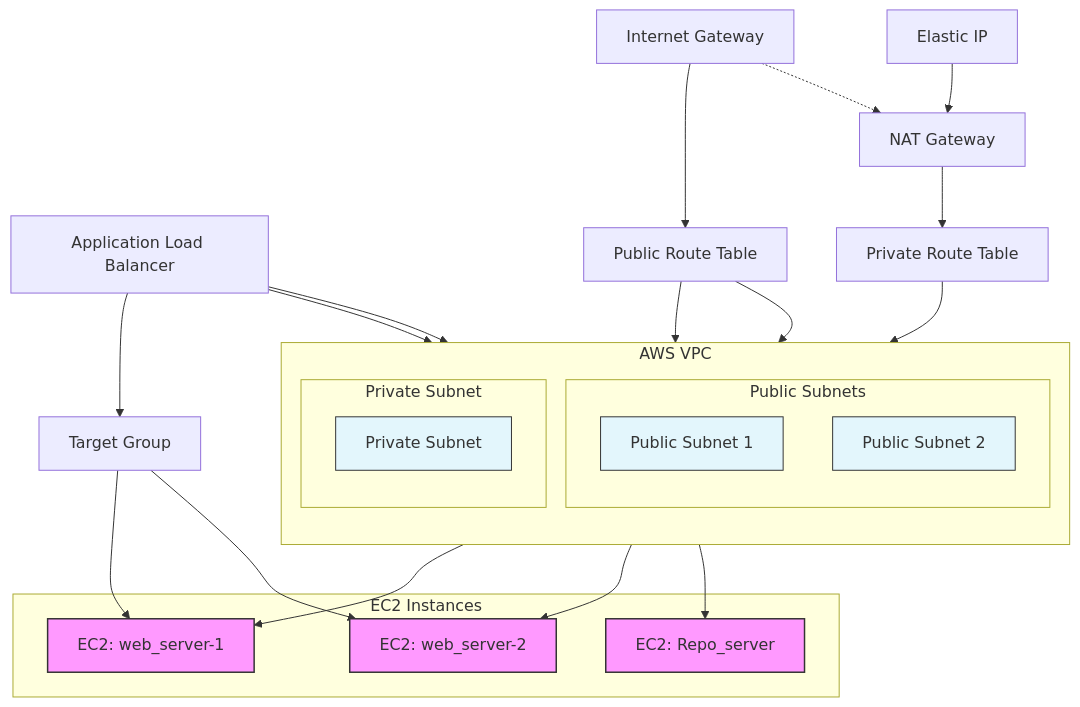
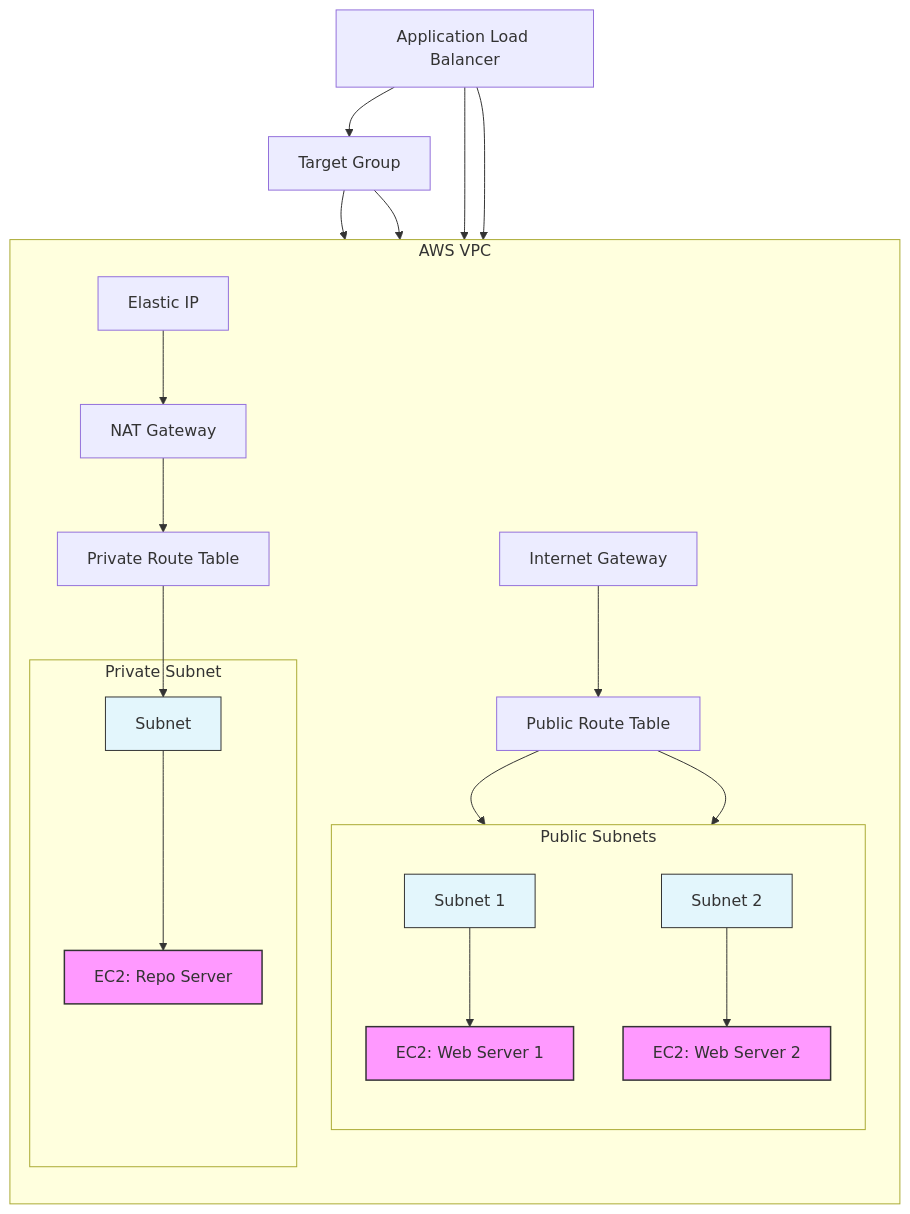
One commit to khannashiv/Terraform-Practice changed the diagram in Projects/Project-1/README.md. Above: the diagram before and after it, drawn with Mermaid.

````diff
--- a/Projects/Project-1/README.md
+++ b/Projects/Project-1/README.md
@@ -23,62 +23,63 @@
 ```mermaid
 flowchart TD
-  %% Networking Layer
-  subgraph AWS VPC
+
+  %% VPC Container
+  subgraph AWS_VPC [AWS VPC]
     direction TB
-    subgraph Public Subnets
-      pub1[Public Subnet 1]
-      pub2[Public Subnet 2]
+
+    %% Public Subnets & Resources
+    subgraph Public_Subnets [Public Subnets]
+      direction TB
+      pub1[Subnet 1]
+      pub2[Subnet 2]
+      web1[EC2: Web Server 1]
+      web2[EC2: Web Server 2]
+      pub1 --> web1
+      pub2 --> web2
     end
-    subgraph Private Subnet
-      priv[Private Subnet]
+
+    %% Private Subnet & Resources
+    subgraph Private_Subnet [Private Subnet]
+      priv[Subnet]
+      repo[EC2: Repo Server]
+      priv --> repo
     end
-  end
 
-  %% Compute Layer
-  subgraph EC2 Instances
-    web1[EC2: web_server-1]
-    web2[EC2: web_server-2]
-    repo[EC2: Repo_server]
+    %% Routing & Gateways
+    igw[Internet Gateway]
+    nat[NAT Gateway]
+    eip[Elastic IP]
+    rt_pub[Public Route Table]
+    rt_priv[Private Route Table]
+
+    igw --> rt_pub
+    rt_pub --> pub1
+    rt_pub --> pub2
+
+    eip --> nat
+    nat --> rt_priv
+    rt_priv --> priv
   end
 
   %% Load Balancer Layer
   alb[Application Load Balancer]
   tg[Target Group]
 
-  %% Networking Components
-  igw[Internet Gateway]
-  nat[NAT Gateway]
-  eip[Elastic IP]
-  rt_pub[Public Route Table]
-  rt_priv[Private Route Table]
-
-  %% Connections
-  igw --> rt_pub
-  rt_pub --> pub1
-  rt_pub --> pub2
-  pub1 --> web1
-  pub2 --> web2
-
-  eip --> nat
-  nat --> rt_priv
-  rt_priv --> priv
-  priv --> repo
-
   alb --> tg
   tg --> web1
   tg --> web2
+
+  %% External Access
   alb --> pub1
   alb --> pub2
 
-  %% Optional: Styling for clarity
+  %% Styling for clarity
   classDef ec2 fill:#f9f,stroke:#333,stroke-width:1.5px;
   class web1,web2,repo ec2;
   classDef net fill:#e3f6fc,stroke:#333,stroke-width:1px;
   class pub1,pub2,priv net;
 
-  %% Internet Gateway association
-  igw -.-> nat
+  %% Optional Notes
+  %% igw -.-> nat  %% IGW and NAT are not directly connected in AWS
 
-  %% Legends
-  %% You can add legend nodes if needed for further explanation
 ```
````
